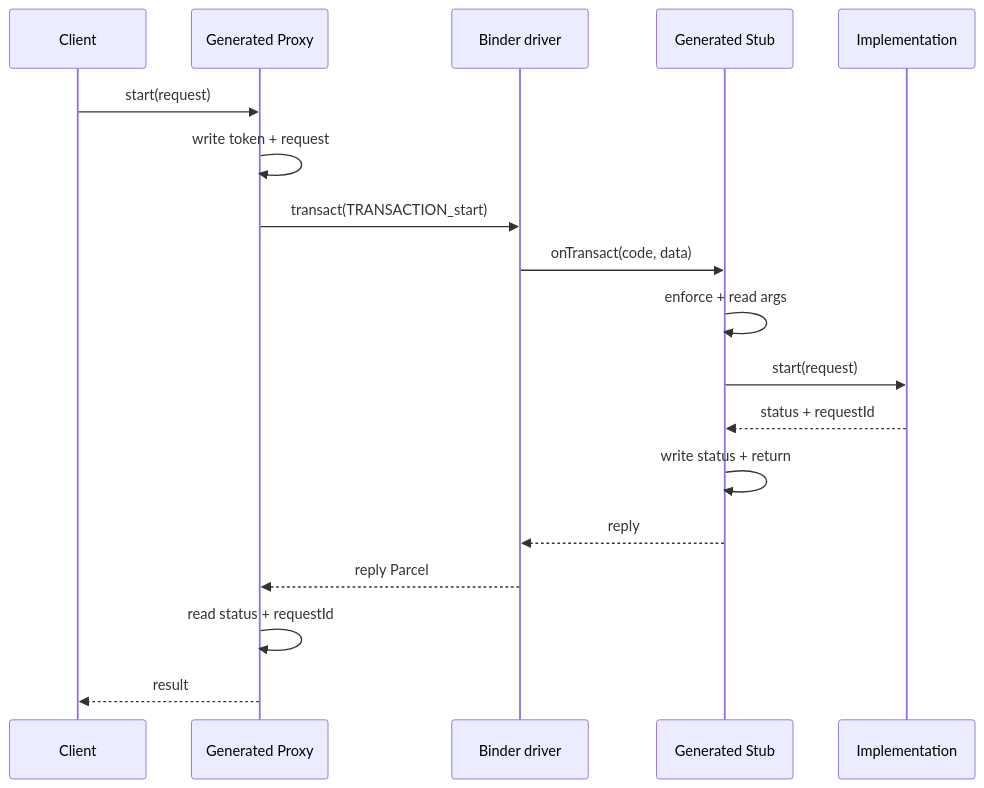
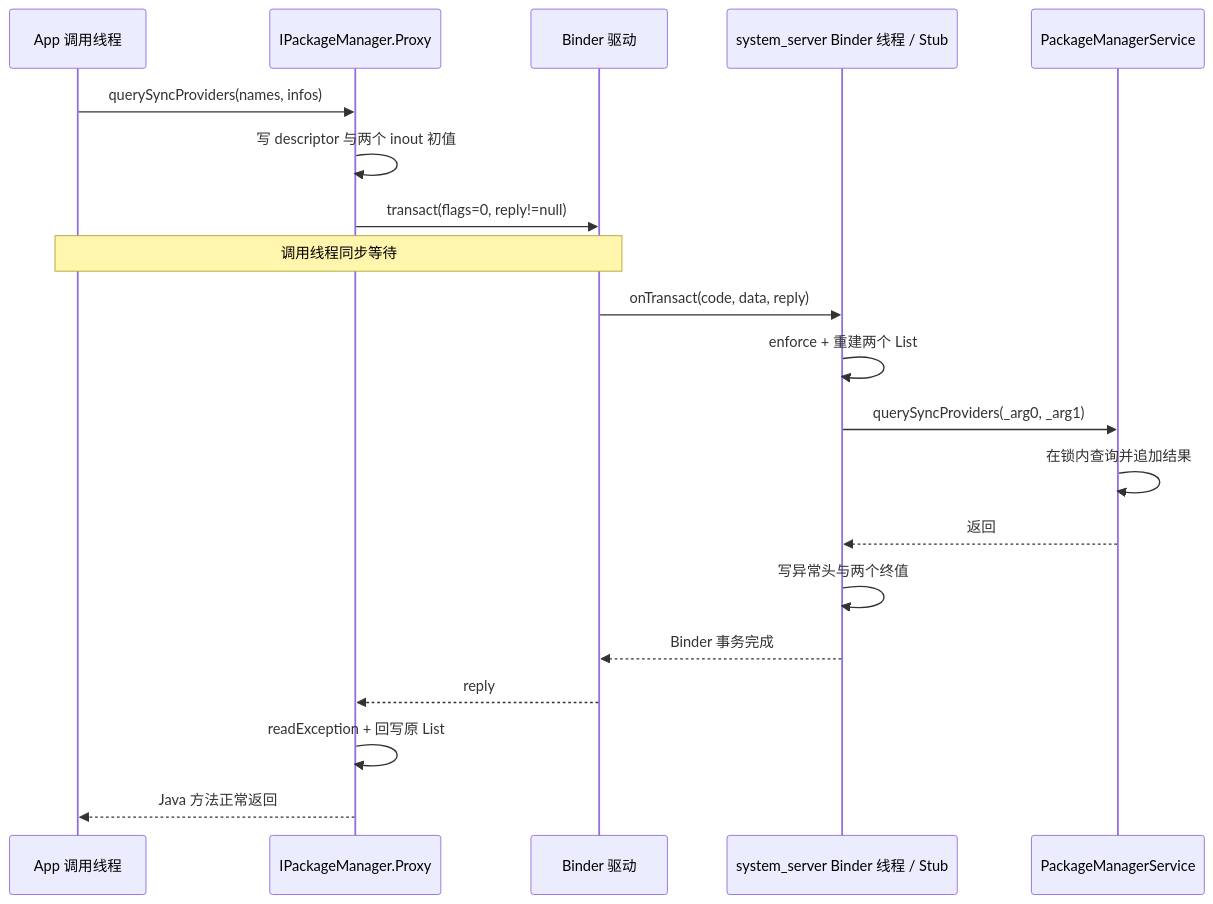
The diagram in Android源码学习/92-AndroidAIDL生成代码ProxyStub方向参数与版本化接口.md (junyingzhao001/StudyNotes), drawn with Mermaid before and after one commit. The commit also changed other lines of this file and 93 other files, not shown here.

````diff
--- a/Android源码学习/92-AndroidAIDL生成代码ProxyStub方向参数与版本化接口.md
+++ b/Android源码学习/92-AndroidAIDL生成代码ProxyStub方向参数与版本化接口.md
@@ -828,20 +253,23 @@
 ```mermaid
 sequenceDiagram
-    participant C as Client
-    participant P as Generated Proxy
-    participant D as Binder driver
-    participant S as Generated Stub
-    participant I as Implementation
-    C->>P: start(request)
-    P->>P: write token + request
-    P->>D: transact(TRANSACTION_start)
-    D->>S: onTransact(code, data)
-    S->>S: enforce + read args
-    S->>I: start(request)
-    I-->>S: status + requestId
-    S->>S: write status + return
-    S-->>D: reply
-    D-->>P: reply Parcel
-    P->>P: read status + requestId
-    P-->>C: result
+    participant C as App 调用线程
+    participant P as IPackageManager.Proxy
+    participant D as Binder 驱动
+    participant S as system_server Binder 线程 / Stub
+    participant PMS as PackageManagerService
+
+    C->>P: querySyncProviders(names, infos)
+    P->>P: 写 descriptor 与两个 inout 初值
+    P->>D: transact(flags=0, reply!=null)
+    Note over C,D: 调用线程同步等待
+    D->>S: onTransact(code, data, reply)
+    S->>S: enforce + 重建两个 List
+    S->>PMS: querySyncProviders(_arg0, _arg1)
+    PMS->>PMS: 在锁内查询并追加结果
+    PMS-->>S: 返回
+    S->>S: 写异常头与两个终值
+    S-->>D: Binder 事务完成
+    D-->>P: reply
+    P->>P: readException + 回写原 List
+    P-->>C: Java 方法正常返回
 ```
````
